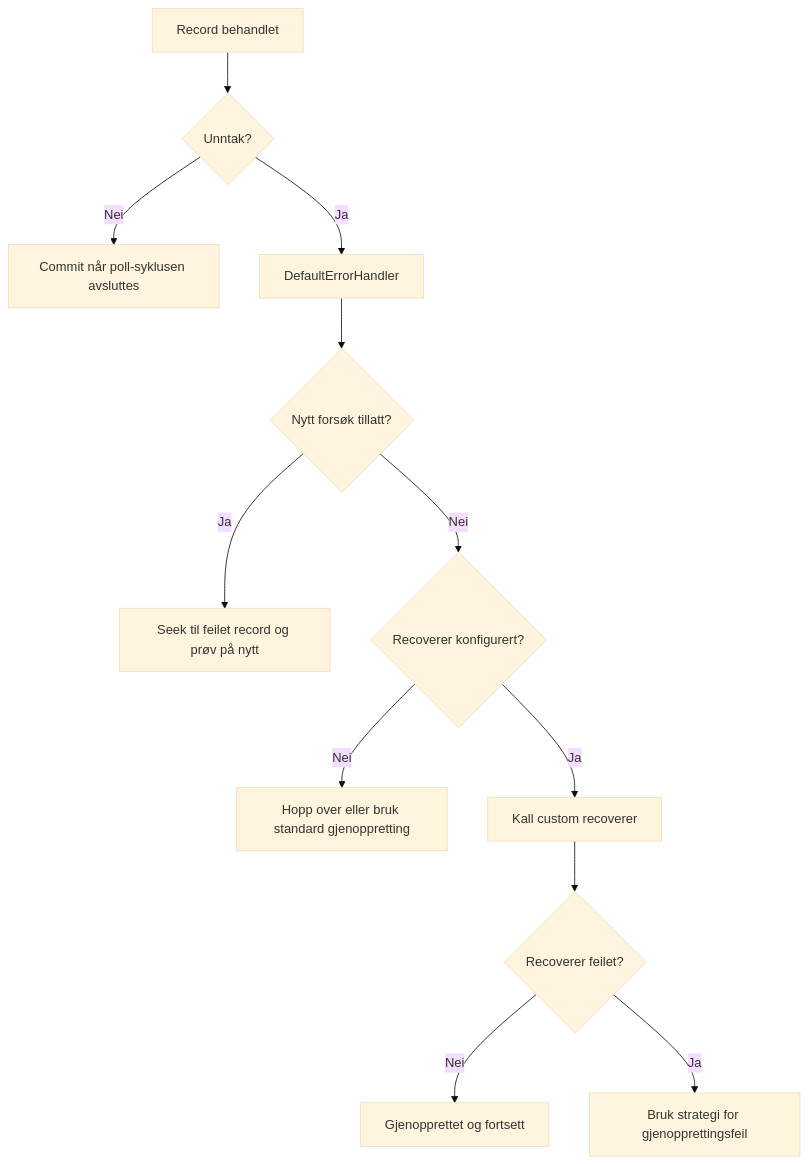
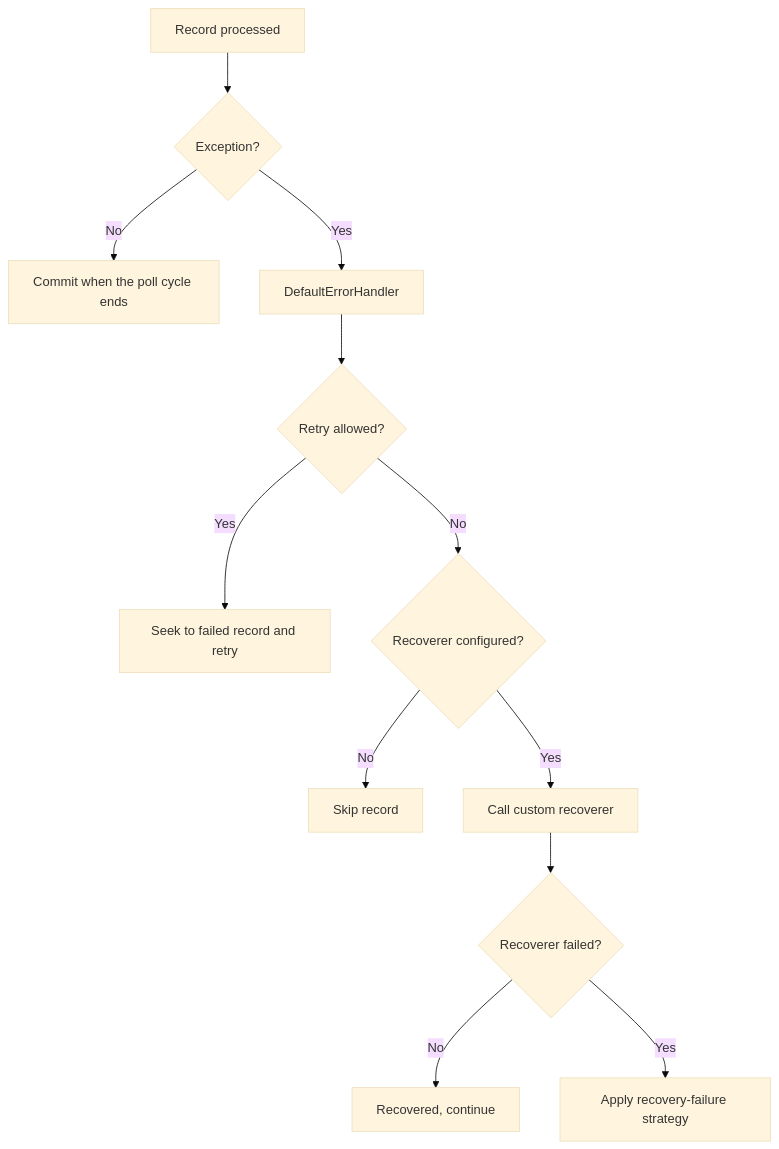
One commit to FINTLabs/fint-kafka changed the first of 2 diagrams in README.md. Above: the diagram before and after it, drawn with Mermaid (base theme). The commit also changed other lines of this file, not shown here.

````diff
--- a/README.md
+++ b/README.md
@@ -548,14 +316,14 @@
 ```mermaid
 flowchart TD
-    A["Record behandlet"] --> B{"Unntak?"}
-    B -->|Nei| C["Commit når poll-syklusen avsluttes"]
-    B -->|Ja| D["DefaultErrorHandler"]
-    D --> E{"Nytt forsøk tillatt?"}
-    E -->|Ja| F["Seek til feilet record og prøv på nytt"]
-    E -->|Nei| G{"Recoverer konfigurert?"}
-    G -->|Nei| H["Hopp over eller bruk standard gjenoppretting"]
-    G -->|Ja| I["Kall custom recoverer"]
-    I --> J{"Recoverer feilet?"}
-    J -->|Nei| K["Gjenopprettet og fortsett"]
-    J -->|Ja| L["Bruk strategi for gjenopprettingsfeil"]
+    A["Record processed"] --> B{"Exception?"}
+    B -->|No| C["Commit when the poll cycle ends"]
+    B -->|Yes| D["DefaultErrorHandler"]
+    D --> E{"Retry allowed?"}
+    E -->|Yes| F["Seek to failed record and retry"]
+    E -->|No| G{"Recoverer configured?"}
+    G -->|No| H["Skip record"]
+    G -->|Yes| I["Call custom recoverer"]
+    I --> J{"Recoverer failed?"}
+    J -->|No| K["Recovered, continue"]
+    J -->|Yes| L["Apply recovery-failure strategy"]
 ```
````
